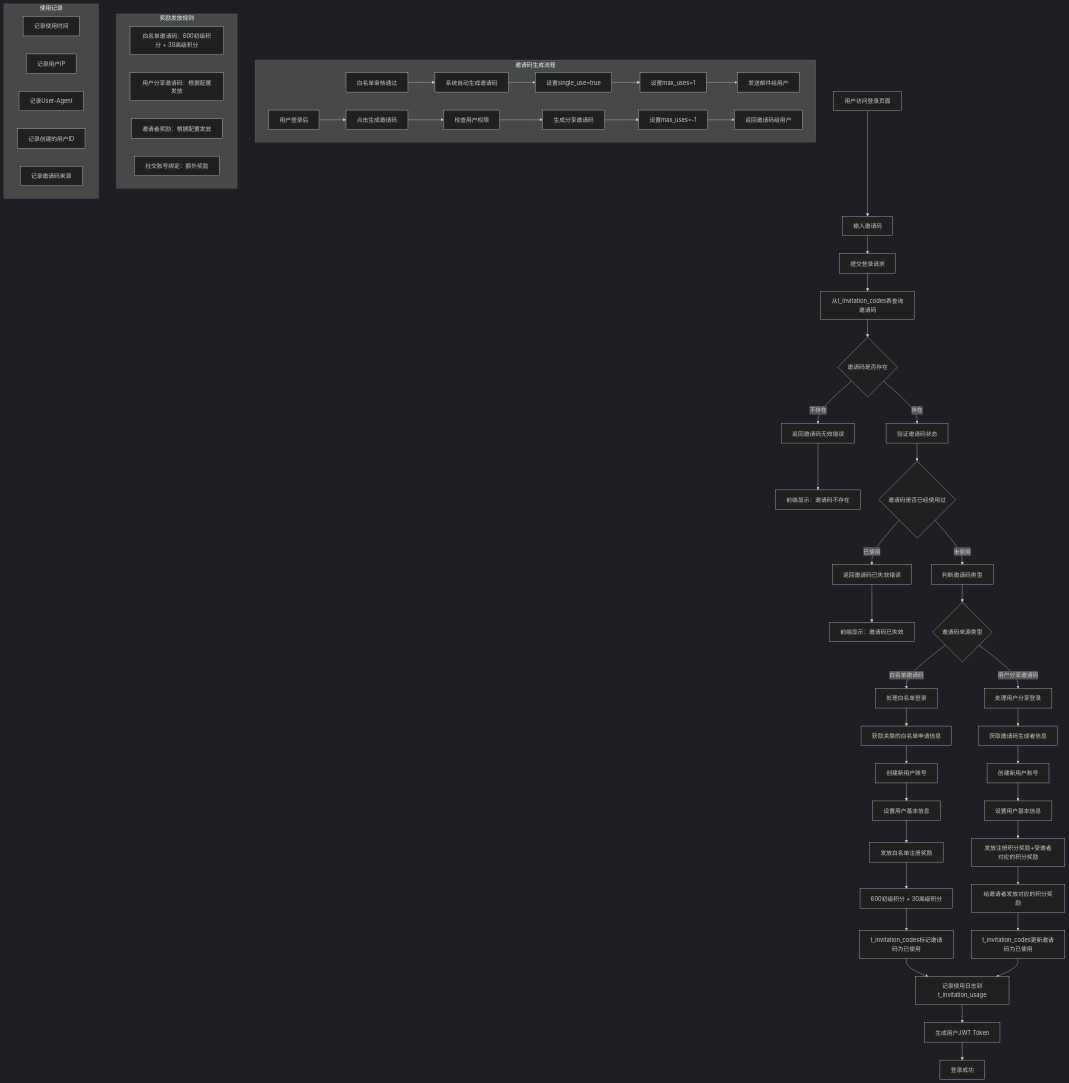
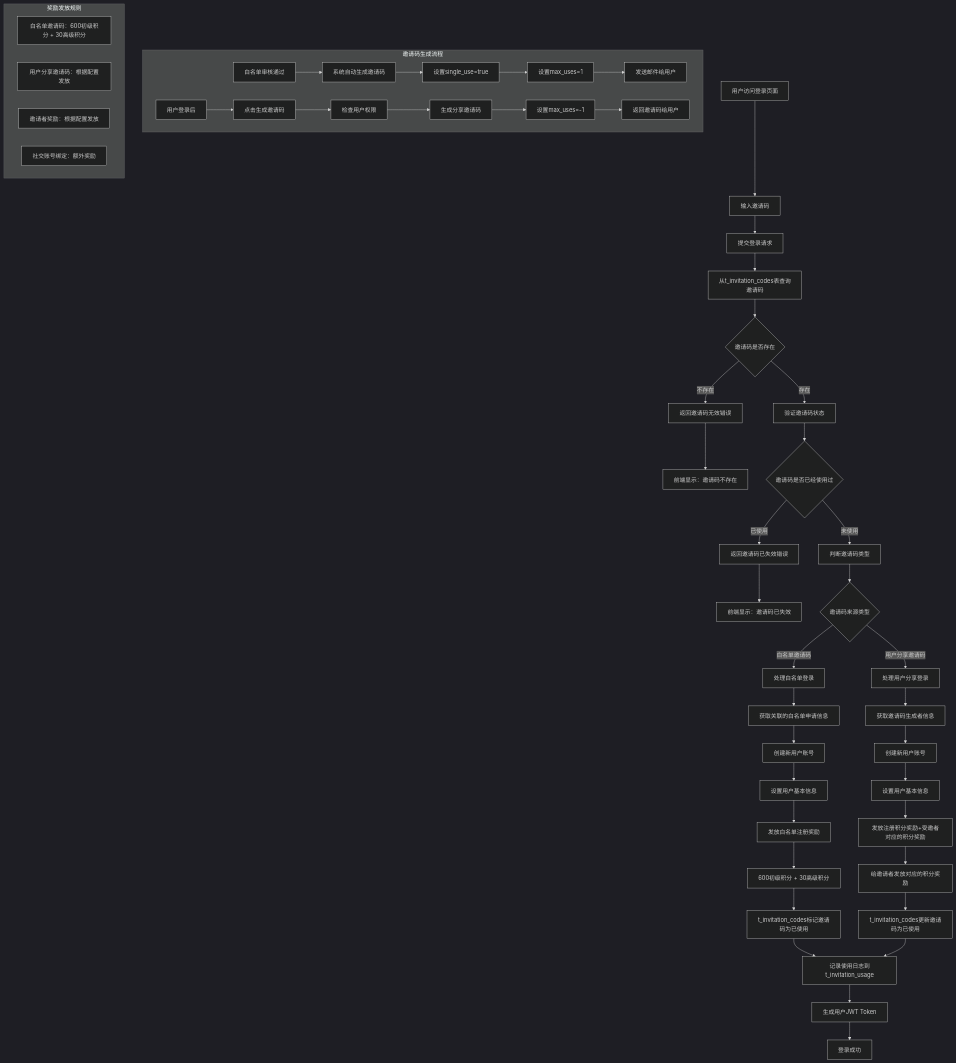
The diagram in all/未命名-71.md (yingjianzh/iodraw-files), drawn with Mermaid (dark theme) before and after one commit.

Commit message:
2025-07-03 14:05:27 update

````diff
--- a/all/未命名-71.md
+++ b/all/未命名-71.md
@@ -1,67 +1,60 @@
 ```mermaid
 flowchart TD
     A[用户访问登录页面] --> B[输入邀请码]
     B --> E[提交登录请求]
     E --> H[从t_invitation_codes表查询邀请码]
     H --> I{邀请码是否存在}
     I -->|不存在| J[返回邀请码无效错误]
     J --> K[前端显示：邀请码不存在]
     
     I -->|存在| L[验证邀请码状态]
     L --> M{邀请码是否已经使用过}
     M -->|已使用| N[返回邀请码已失效错误]
     N --> O[前端显示：邀请码已失效]
     
     M -->|未使用| X[判断邀请码类型]
     X --> Y{邀请码来源类型}
     
     Y -->|白名单邀请码| Z[处理白名单登录]
     Z --> Z1[获取关联的白名单申请信息]
     Z1 --> Z2[创建新用户账号]
     Z2 --> Z3[设置用户基本信息]
     Z3 --> Z4[发放白名单注册奖励]
     Z4 --> Z5[600初级积分 + 30高级积分]
     Z5 --> Z6[t_invitation_codes标记邀请码为已使用]
     Z6 --> AA[记录使用日志到t_invitation_usage]
     
     Y -->|用户分享邀请码| BB[处理用户分享登录]
     BB --> BB1[获取邀请码生成者信息]
     BB1 --> BB2[创建新用户账号]
     BB2 --> BB3[设置用户基本信息]
     BB3 --> BB4[发放注册积分奖励+受邀者对应的积分奖励]
     BB4 --> BB5[给邀请者发放对应的积分奖励]
     BB5 --> BB6[t_invitation_codes更新邀请码为已使用]
     BB6 --> AA
     
     AA --> CC[生成用户JWT Token]
     CC --> DD[登录成功]
     
 
     subgraph "邀请码生成流程"
         IG1[白名单审核通过] --> IG2[系统自动生成邀请码]
         IG2 --> IG3[设置single_use=true]
         IG3 --> IG4[设置max_uses=1]
         IG4 --> IG5[发送邮件给用户]
         
         UG1[用户登录后] --> UG2[点击生成邀请码]
         UG2 --> UG3[检查用户权限]
         UG3 --> UG4[生成分享邀请码]
         UG4 --> UG5[设置max_uses=-1]
         UG5 --> UG6[返回邀请码给用户]
     end
     
     subgraph "奖励发放规则"
         R1[白名单邀请码：600初级积分 + 30高级积分]
         R2[用户分享邀请码：根据配置发放]
         R3[邀请者奖励：根据配置发放]
         R4[社交账号绑定：额外奖励]
     end
-    
-    subgraph "使用记录"
-        L1[记录使用时间]
-        L2[记录用户IP]
-        L3[记录User-Agent]
-        L4[记录创建的用户ID]
-        L5[记录邀请码来源]
-    end
+  
 ```
````
